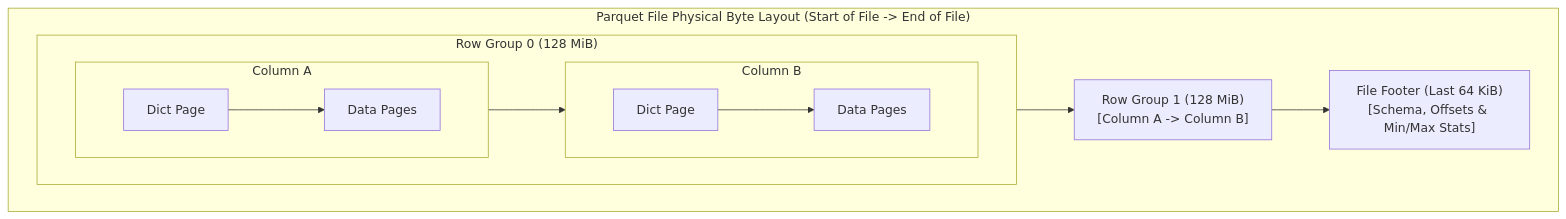
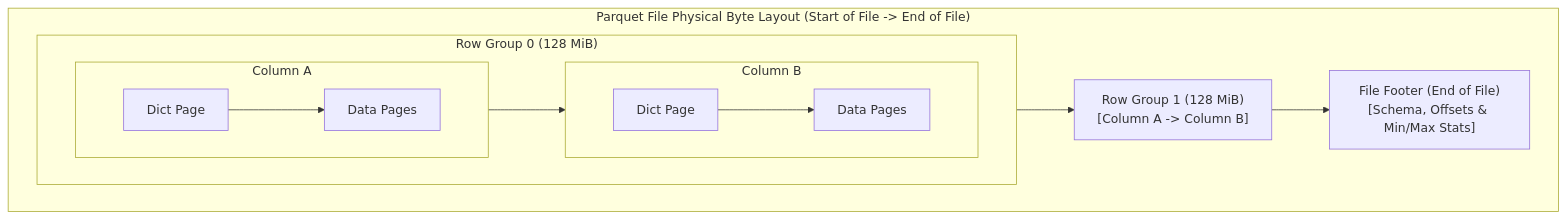
One commit to prudhvimaharishi/gcs-analytics-core changed the first of 8 diagrams in .agents/predictive_prefetching_design_doc.md. Above: the diagram before and after it, drawn with Mermaid. The commit also changed other lines of this file, not shown here.

````diff
--- a/.agents/predictive_prefetching_design_doc.md
+++ b/.agents/predictive_prefetching_design_doc.md
@@ -24,21 +24,21 @@
 ```mermaid
 flowchart LR
     subgraph File["Parquet File Physical Byte Layout (Start of File -> End of File)"]
         direction LR
         subgraph RG0["Row Group 0 (128 MiB)"]
             direction LR
             subgraph ColA["Column A"]
                 direction LR
                 DA["Dict Page"] --> PA["Data Pages"]
             end
             subgraph ColB["Column B"]
                 direction LR
                 DB["Dict Page"] --> PB["Data Pages"]
             end
             PA --> DB
         end
         RG1["Row Group 1 (128 MiB)<br/>[Column A -> Column B]"]
-        Footer["File Footer (Last 64 KiB)<br/>[Schema, Offsets & Min/Max Stats]"]
+        Footer["File Footer (End of File)<br/>[Schema, Offsets & Min/Max Stats]"]
         PB --> RG1 --> Footer
     end
 ```
````
